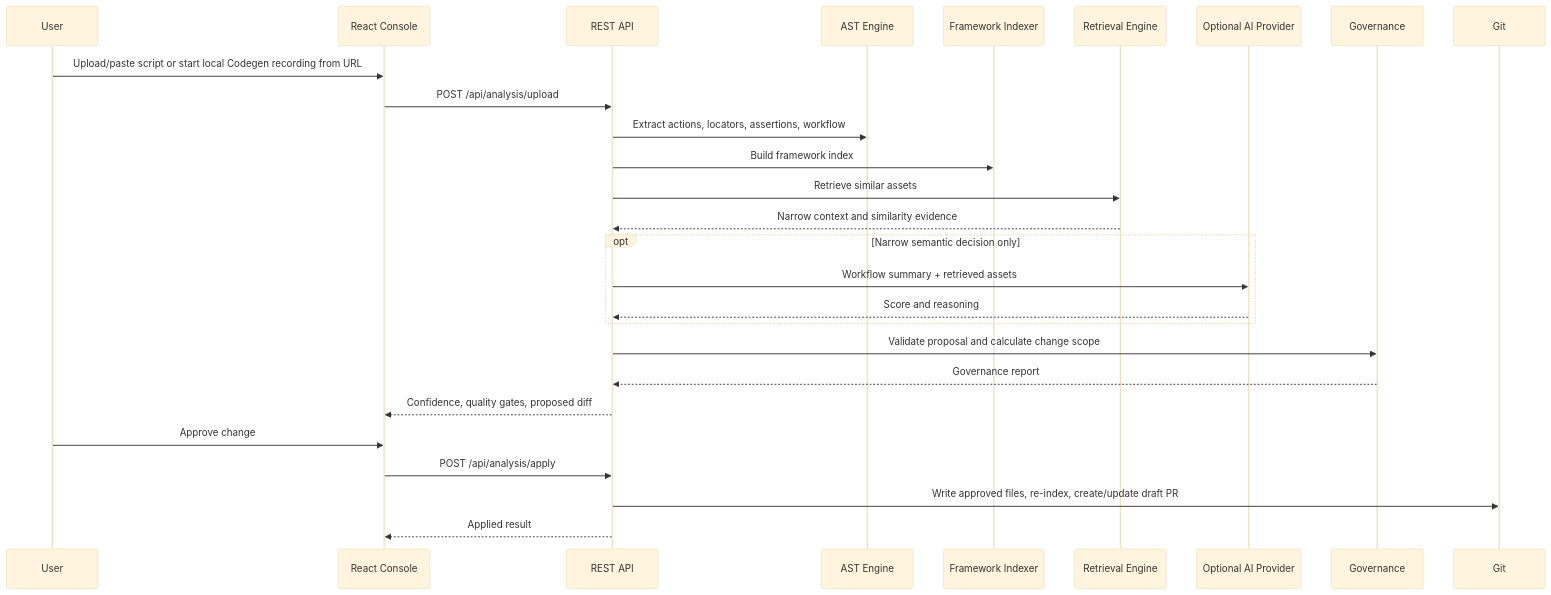
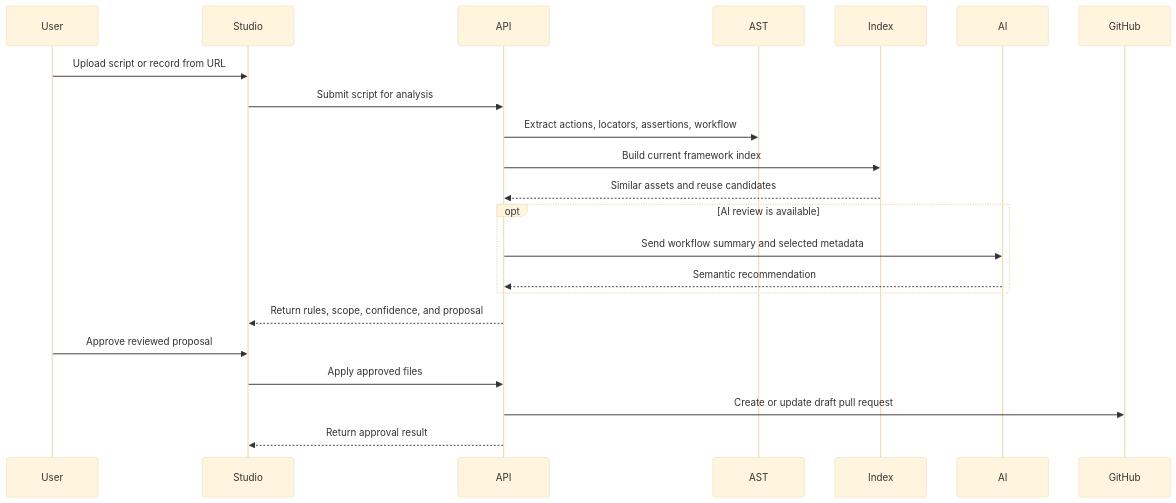
The diagram in docs/diagrams/upload-flow.md (pavankumarh14/EndToEndPlayWrightAutomationTool), drawn with Mermaid (base theme) before and after one commit. The commit also changed 2 other files, not shown here.

Commit message:
diagramMDfix

````diff
--- a/docs/diagrams/upload-flow.md
+++ b/docs/diagrams/upload-flow.md
@@ -3,30 +3,25 @@
 ```mermaid
 sequenceDiagram
-  participant U as User
-  participant UI as React Console
-  participant API as REST API
-  participant AST as AST Engine
-  participant IDX as Framework Indexer
-  participant RET as Retrieval Engine
-  participant AI as Optional AI Provider
-  participant GOV as Governance
-  participant GIT as Git
+  participant User
+  participant Studio
+  participant API
+  participant AST
+  participant Index
+  participant AI
+  participant GitHub
 
-  U->>UI: Upload/paste script or start local Codegen recording from URL
-  UI->>API: POST /api/analysis/upload
+  User->>Studio: Upload script or record from URL
+  Studio->>API: Submit script for analysis
   API->>AST: Extract actions, locators, assertions, workflow
-  API->>IDX: Build framework index
-  API->>RET: Retrieve similar assets
-  RET-->>API: Narrow context and similarity evidence
-  opt Narrow semantic decision only
-    API->>AI: Workflow summary + retrieved assets
-    AI-->>API: Score and reasoning
+  API->>Index: Build current framework index
+  Index-->>API: Similar assets and reuse candidates
+  opt AI review is available
+    API->>AI: Send workflow summary and selected metadata
+    AI-->>API: Semantic recommendation
   end
-  API->>GOV: Validate proposal and calculate change scope
-  GOV-->>API: Governance report
-  API-->>UI: Confidence, quality gates, proposed diff
-  U->>UI: Approve change
-  UI->>API: POST /api/analysis/apply
-  API->>GIT: Write approved files, re-index, create/update draft PR
-  API-->>UI: Applied result
+  API-->>Studio: Return rules, scope, confidence, and proposal
+  User->>Studio: Approve reviewed proposal
+  Studio->>API: Apply approved files
+  API->>GitHub: Create or update draft pull request
+  API-->>Studio: Return approval result
 ```
````
